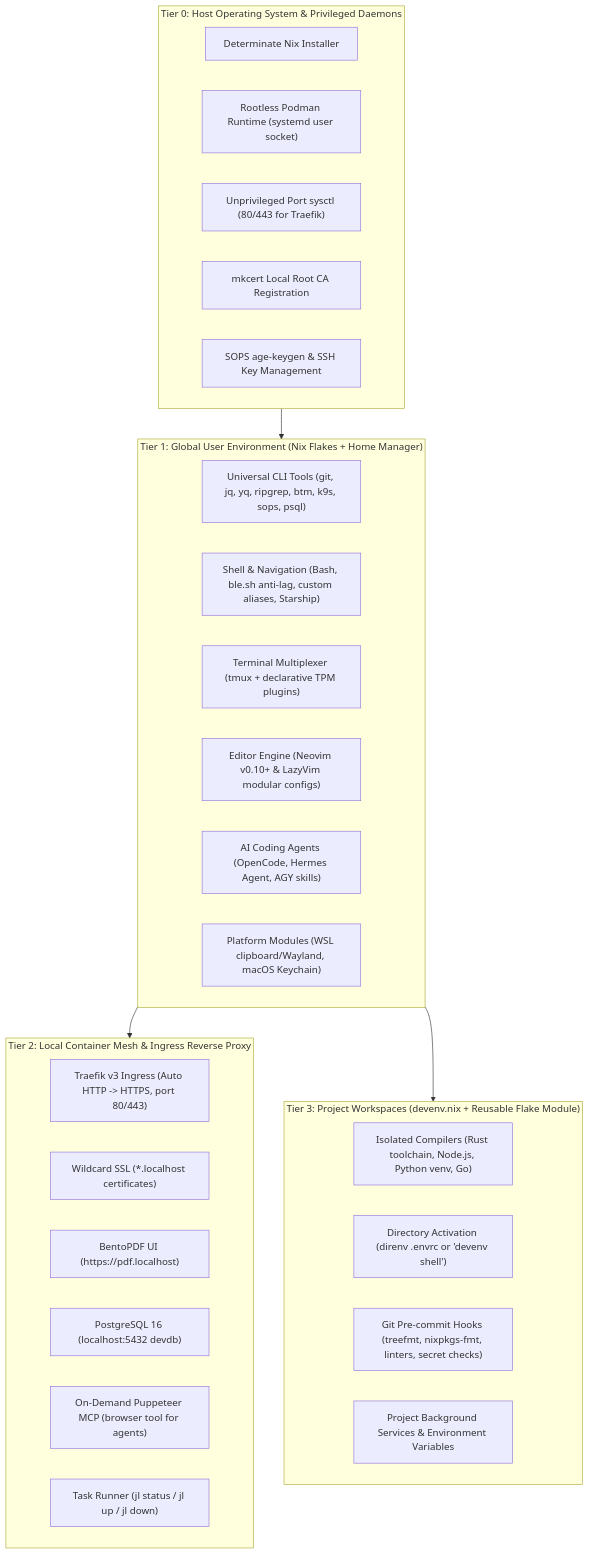
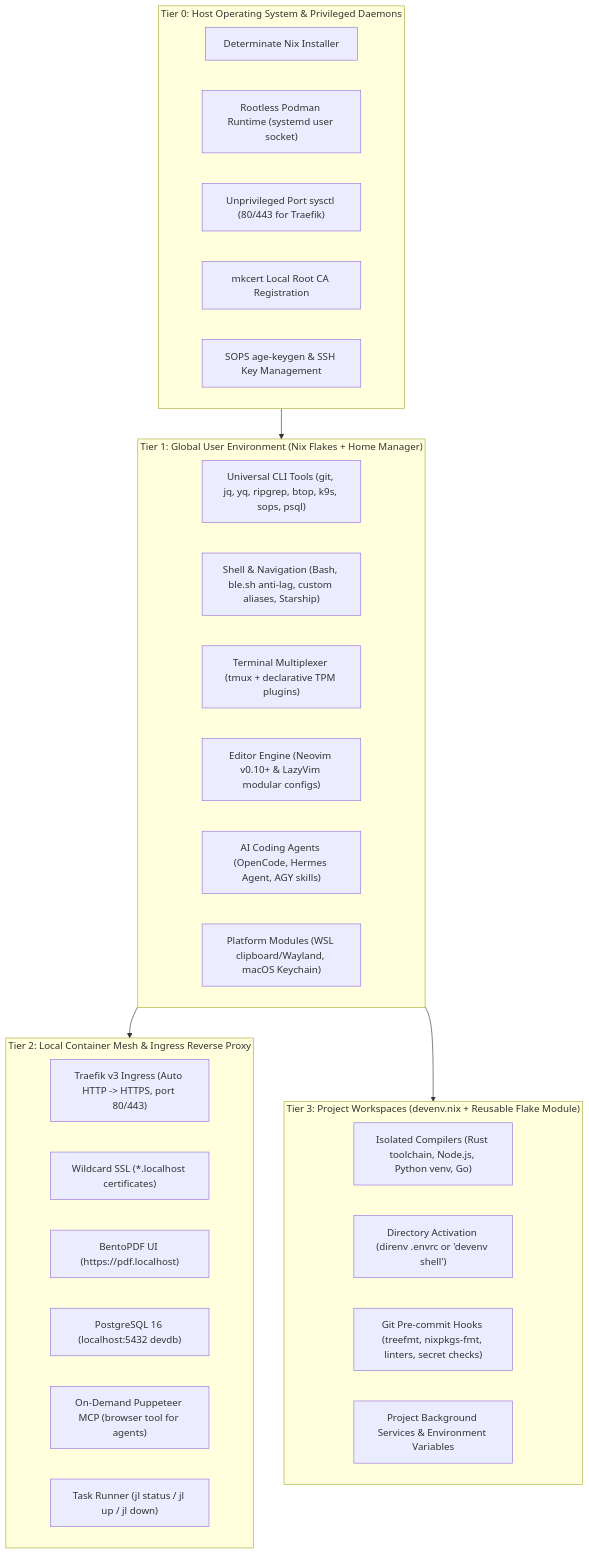
The first of 2 diagrams in README.md (TonyHsieh/setup-linux-scripts), drawn with Mermaid before and after one commit. The commit also changed 2 other files, not shown here.

Commit message:
chore(packages): replace bottom (btm) with btop across packages and docs

````diff
--- a/README.md
+++ b/README.md
@@ -13,39 +13,39 @@
 ```mermaid
 flowchart TD
     subgraph Tier0["Tier 0: Host Operating System & Privileged Daemons"]
         H1["Determinate Nix Installer"]
         H2["Rootless Podman Runtime (systemd user socket)"]
         H3["Unprivileged Port sysctl (80/443 for Traefik)"]
         H4["mkcert Local Root CA Registration"]
         H5["SOPS age-keygen & SSH Key Management"]
     end
 
     subgraph Tier1["Tier 1: Global User Environment (Nix Flakes + Home Manager)"]
-        U1["Universal CLI Tools (git, jq, yq, ripgrep, btm, k9s, sops, psql)"]
+        U1["Universal CLI Tools (git, jq, yq, ripgrep, btop, k9s, sops, psql)"]
         U2["Shell & Navigation (Bash, ble.sh anti-lag, custom aliases, Starship)"]
         U3["Terminal Multiplexer (tmux + declarative TPM plugins)"]
         U4["Editor Engine (Neovim v0.10+ & LazyVim modular configs)"]
         U5["AI Coding Agents (OpenCode, Hermes Agent, AGY skills)"]
         U6["Platform Modules (WSL clipboard/Wayland, macOS Keychain)"]
     end
 
     subgraph Tier2["Tier 2: Local Container Mesh & Ingress Reverse Proxy"]
         M1["Traefik v3 Ingress (Auto HTTP -> HTTPS, port 80/443)"]
         M2["Wildcard SSL (*.localhost certificates)"]
         M3["BentoPDF UI (https://pdf.localhost)"]
         M4["PostgreSQL 16 (localhost:5432 devdb)"]
         M5["On-Demand Puppeteer MCP (browser tool for agents)"]
         M6["Task Runner (jl status / jl up / jl down)"]
     end
 
     subgraph Tier3["Tier 3: Project Workspaces (devenv.nix + Reusable Flake Module)"]
         P1["Isolated Compilers (Rust toolchain, Node.js, Python venv, Go)"]
         P2["Directory Activation (direnv .envrc or 'devenv shell')"]
         P3["Git Pre-commit Hooks (treefmt, nixpkgs-fmt, linters, secret checks)"]
         P4["Project Background Services & Environment Variables"]
     end
 
     Tier0 --> Tier1
     Tier1 --> Tier2
     Tier1 --> Tier3
 ```
````
